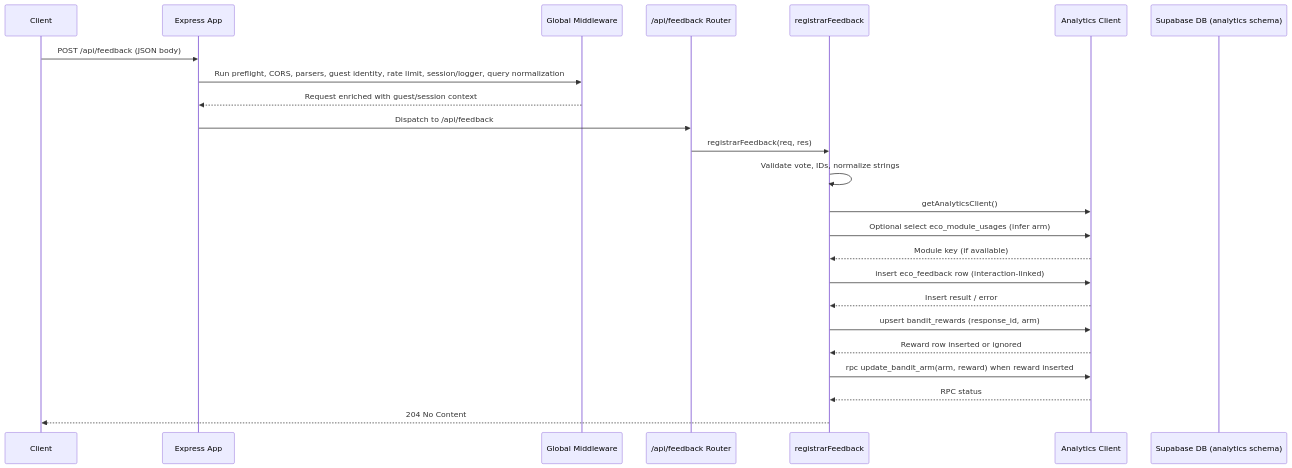
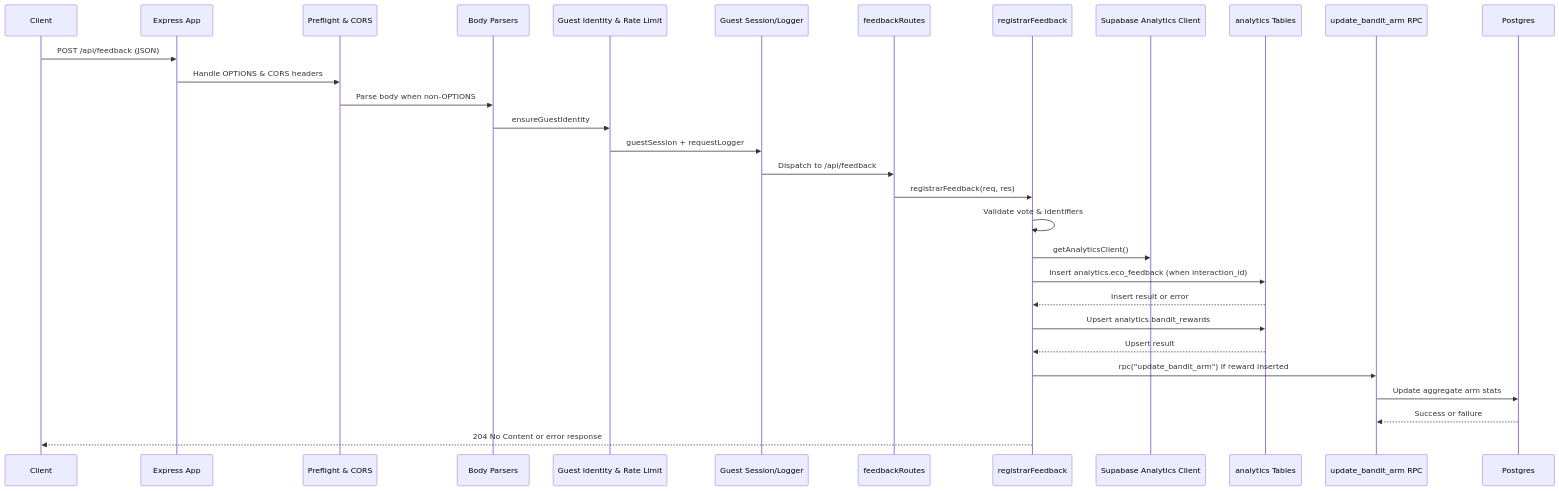
The diagram in docs/feedback-request-flow.md (Bigajax/ecobackend888), drawn with Mermaid before and after one commit. The commit also changed other lines of this file, not shown here.

Commit message:
Document feedback request flow

````diff
--- a/docs/feedback-request-flow.md
+++ b/docs/feedback-request-flow.md
@@ -17,27 +21,33 @@
 ```mermaid
 sequenceDiagram
     participant Client
     participant Express as Express App
-    participant Middleware as Global Middleware
-    participant Router as /api/feedback Router
+    participant Preflight as Preflight & CORS
+    participant Parsers as Body Parsers
+    participant Identity as Guest Identity & Rate Limit
+    participant Session as Guest Session/Logger
+    participant Router as feedbackRoutes
     participant Controller as registrarFeedback
-    participant Supabase as Analytics Client
-    participant DB as Supabase DB (analytics schema)
+    participant Supabase as Supabase Analytics Client
+    participant Tables as analytics Tables
+    participant RPC as update_bandit_arm RPC
+    participant DB as Postgres
 
-    Client->>Express: POST /api/feedback (JSON body)
-    Express->>Middleware: Run preflight, CORS, parsers, guest identity, rate limit, session/logger, query normalization
-    Middleware-->>Express: Request enriched with guest/session context
-    Express->>Router: Dispatch to /api/feedback
+    Client->>Express: POST /api/feedback (JSON)
+    Express->>Preflight: Handle OPTIONS & CORS headers
+    Preflight->>Parsers: Parse body when non-OPTIONS
+    Parsers->>Identity: ensureGuestIdentity
+    Identity->>Session: guestSession + requestLogger
+    Session->>Router: Dispatch to /api/feedback
     Router->>Controller: registrarFeedback(req, res)
-    Controller->>Controller: Validate vote, IDs, normalize strings
+    Controller->>Controller: Validate vote & identifiers
     Controller->>Supabase: getAnalyticsClient()
-    Controller->>Supabase: Optional select eco_module_usages (infer arm)
-    Supabase-->>Controller: Module key (if available)
-    Controller->>Supabase: insert eco_feedback row (interaction-linked)
-    Supabase-->>Controller: Insert result / error
-    Controller->>Supabase: upsert bandit_rewards (response_id, arm)
-    Supabase-->>Controller: Reward row inserted or ignored
-    Controller->>Supabase: rpc update_bandit_arm(arm, reward) when reward inserted
-    Supabase-->>Controller: RPC status
-    Controller-->>Client: 204 No Content
+    Controller->>Tables: Insert analytics.eco_feedback (when interaction_id)
+    Tables-->>Controller: Insert result or error
+    Controller->>Tables: Upsert analytics.bandit_rewards
+    Tables-->>Controller: Upsert result
+    Controller->>RPC: rpc("update_bandit_arm") if reward inserted
+    RPC->>DB: Update aggregate arm stats
+    DB-->>RPC: Success or failure
+    Controller-->>Client: 204 No Content or error response
 ```
````
